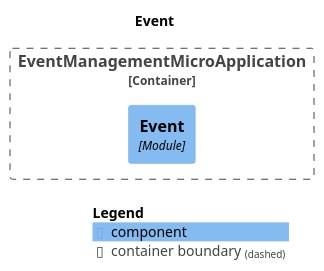
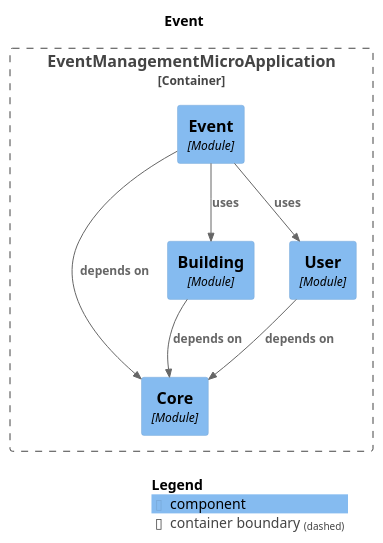
The diagram in spring-modulith-docs/module-event.puml (EvelinaPyechkurova/event-management-system), drawn with PlantUML before and after one commit. The commit also changed 11 other files, not shown here.

```diff
--- a/spring-modulith-docs/module-event.puml
+++ b/spring-modulith-docs/module-event.puml
@@ -1,17 +1,25 @@
 @startuml
 set separator none
 title Event
 
 top to bottom direction
 
 !include <C4/C4>
 !include <C4/C4_Context>
 !include <C4/C4_Component>
 
 Container_Boundary("EventManagementMicroApplication.EventManagementMicroApplication_boundary", "EventManagementMicroApplication", $tags="") {
+  Component(EventManagementMicroApplication.EventManagementMicroApplication.Core, "Core", $techn="Module", $descr="", $tags="", $link="")
+  Component(EventManagementMicroApplication.EventManagementMicroApplication.Building, "Building", $techn="Module", $descr="", $tags="", $link="")
+  Component(EventManagementMicroApplication.EventManagementMicroApplication.User, "User", $techn="Module", $descr="", $tags="", $link="")
   Component(EventManagementMicroApplication.EventManagementMicroApplication.Event, "Event", $techn="Module", $descr="", $tags="", $link="")
 }
 
+Rel(EventManagementMicroApplication.EventManagementMicroApplication.Event, EventManagementMicroApplication.EventManagementMicroApplication.Core, "depends on", $techn="", $tags="", $link="")
+Rel(EventManagementMicroApplication.EventManagementMicroApplication.Event, EventManagementMicroApplication.EventManagementMicroApplication.Building, "uses", $techn="", $tags="", $link="")
+Rel(EventManagementMicroApplication.EventManagementMicroApplication.Event, EventManagementMicroApplication.EventManagementMicroApplication.User, "uses", $techn="", $tags="", $link="")
+Rel(EventManagementMicroApplication.EventManagementMicroApplication.User, EventManagementMicroApplication.EventManagementMicroApplication.Core, "depends on", $techn="", $tags="", $link="")
+Rel(EventManagementMicroApplication.EventManagementMicroApplication.Building, EventManagementMicroApplication.EventManagementMicroApplication.Core, "depends on", $techn="", $tags="", $link="")
 
 SHOW_LEGEND(true)
 @enduml
```
